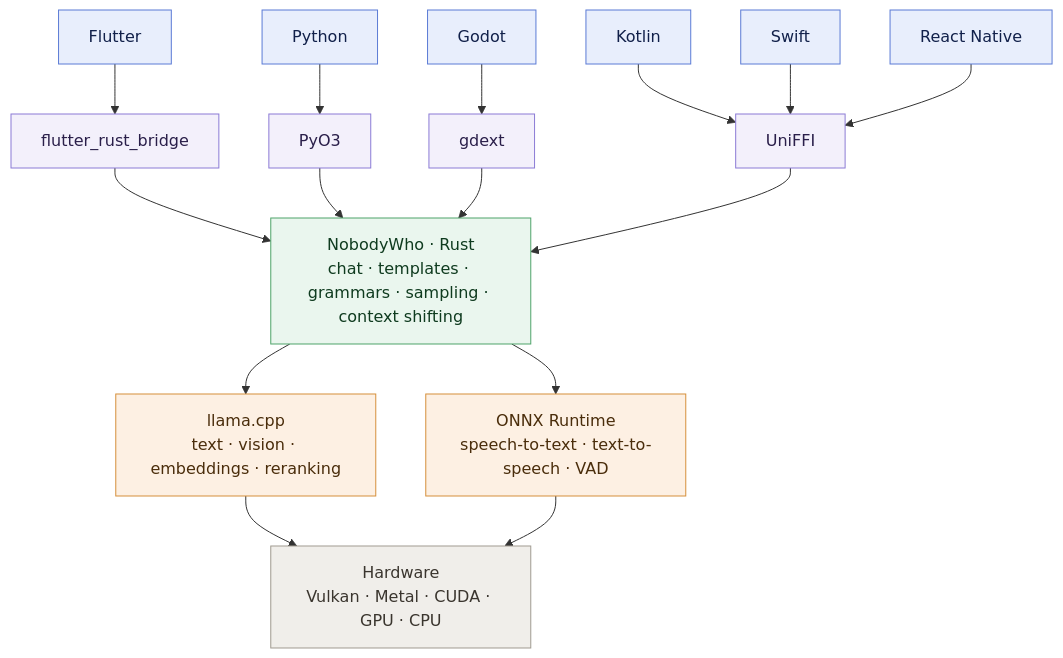
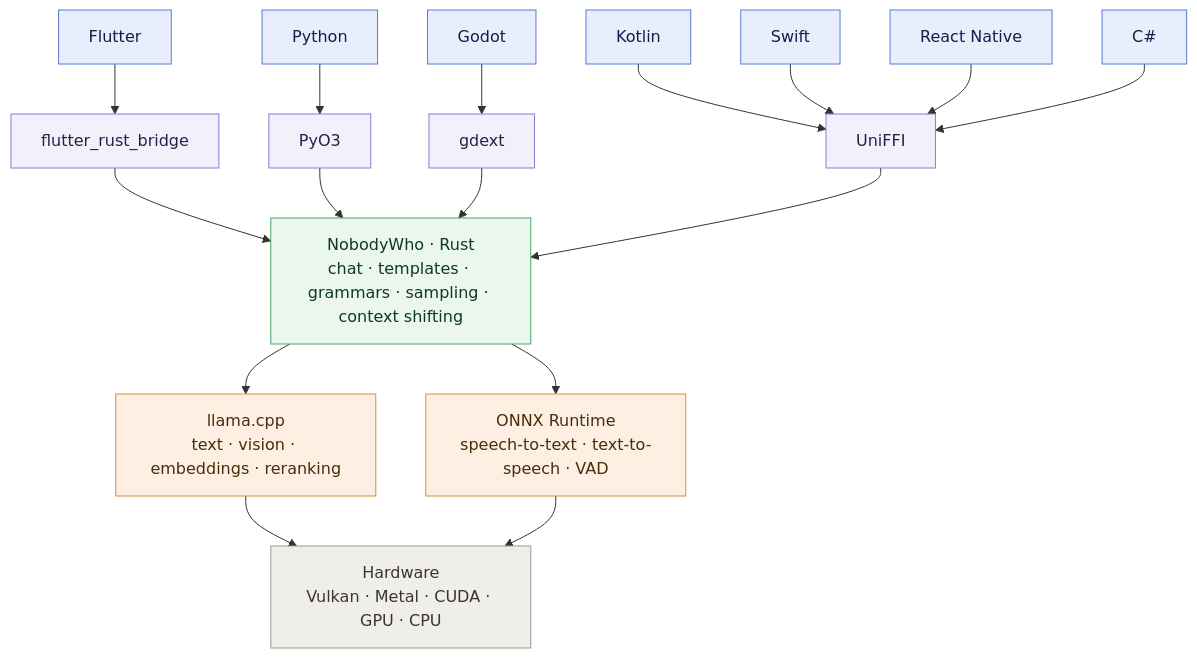
Before and after one commit to nobodywho-ooo/nobodywho: the diagram in README.md, drawn with Mermaid. The commit also changed other lines of this file and 107 other files, not shown here.

````diff
--- a/README.md
+++ b/README.md
@@ -35,40 +35,42 @@
 ```mermaid
 flowchart TD
     FL["Flutter"]:::lang
     PY["Python"]:::lang
     GO["Godot"]:::lang
     K["Kotlin"]:::lang
     S["Swift"]:::lang
     RN["React Native"]:::lang
+    CS["C#"]:::lang
 
     FRB["flutter_rust_bridge"]:::glue
     P3["PyO3"]:::glue
     GX["gdext"]:::glue
     U["UniFFI"]:::glue
 
     FL --> FRB
     PY --> P3
     GO --> GX
     K --> U
     S --> U
     RN --> U
+    CS --> U
 
     CORE["NobodyWho · Rust<br/>chat · templates · grammars · sampling · context shifting"]:::core
 
     FRB --> CORE
     P3 --> CORE
     GX --> CORE
     U --> CORE
 
     CORE --> LCPP["llama.cpp<br/>text · vision · embeddings · reranking"]:::engine
     CORE --> ORT["ONNX Runtime<br/>speech-to-text · text-to-speech · VAD"]:::engine
 
     LCPP --> HW["Hardware<br/>Vulkan · Metal · CUDA · GPU · CPU"]:::hw
     ORT --> HW
 
     classDef lang fill:#e8eefc,stroke:#5b7bd5,color:#11204a
     classDef glue fill:#f3f0fb,stroke:#8b7bd5,color:#2a1f4a
     classDef core fill:#eaf6ee,stroke:#4fa46a,color:#0f3b1f
     classDef engine fill:#fdf0e3,stroke:#d58f3b,color:#4a2d0b
     classDef hw fill:#f0eeea,stroke:#a09a90,color:#3a352e
 ```
````
